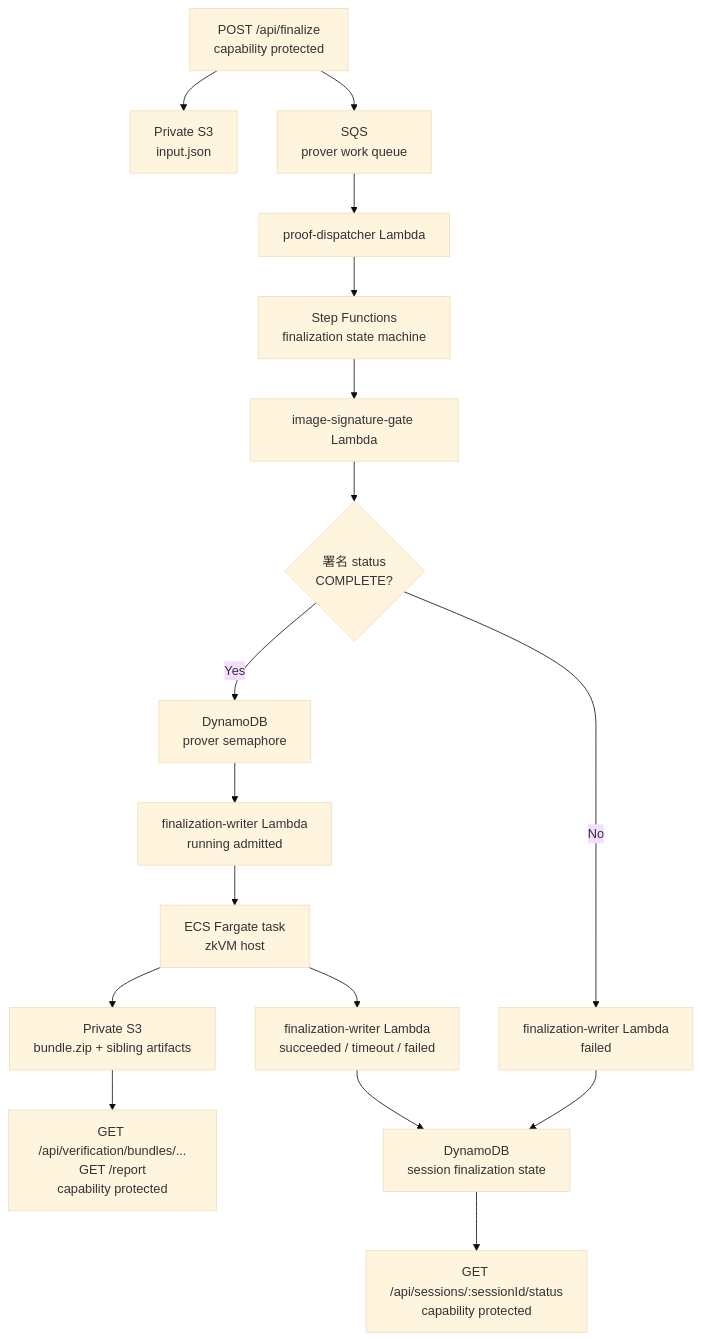
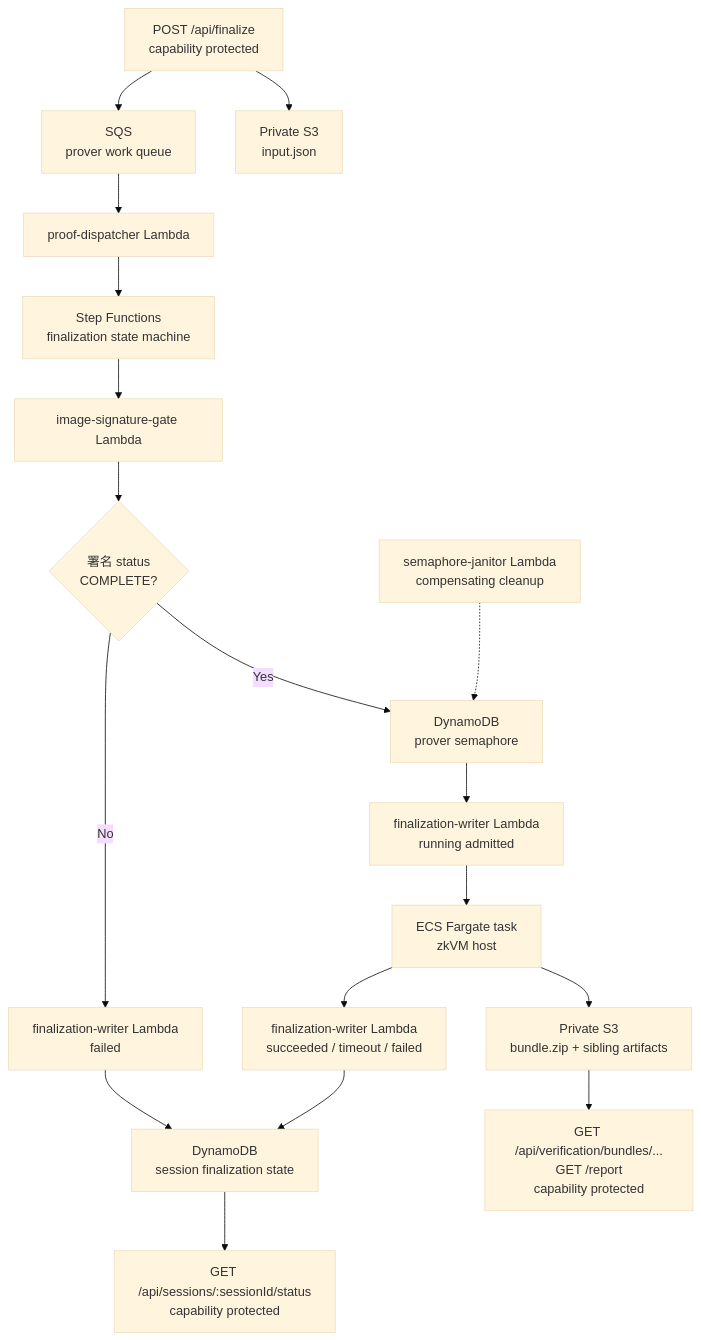
Before and after one commit to hwatanabe-jp/stark-ballot-simulator-public: the first of 3 diagrams in public-book/src/aws/async-prover.md, drawn with Mermaid (base theme). The commit also changed other lines of this file and 275 other files, not shown here.

````diff
--- a/public-book/src/aws/async-prover.md
+++ b/public-book/src/aws/async-prover.md
@@ -14,19 +14,20 @@
 ```mermaid
 flowchart TB
   API["POST /api/finalize<br/>capability protected"] --> S3IN["Private S3<br/>input.json"]
   API --> SQS["SQS<br/>prover work queue"]
   SQS --> DISPATCH["proof-dispatcher Lambda"]
   DISPATCH --> SFN["Step Functions<br/>finalization state machine"]
   SFN --> SIG["image-signature-gate Lambda"]
   SIG --> CHECK{"署名 status<br/>COMPLETE?"}
   CHECK -->|Yes| SEM["DynamoDB<br/>prover semaphore"]
+  JANITOR["semaphore-janitor Lambda<br/>compensating cleanup"] -.-> SEM
   SEM --> STARTED["finalization-writer Lambda<br/>running admitted"]
   STARTED --> ECS["ECS Fargate task<br/>zkVM host"]
   CHECK -->|No| CALLBACK_FAIL["finalization-writer Lambda<br/>failed"]
   ECS --> S3OUT["Private S3<br/>bundle.zip + sibling artifacts"]
   ECS --> CALLBACK_OK["finalization-writer Lambda<br/>succeeded / timeout / failed"]
   CALLBACK_OK --> DDB["DynamoDB<br/>session finalization state"]
   CALLBACK_FAIL --> DDB
   DDB --> STATUS["GET /api/sessions/:sessionId/status<br/>capability protected"]
   S3OUT --> DOWNLOAD["GET /api/verification/bundles/...<br/>GET /report<br/>capability protected"]
 ```
````
